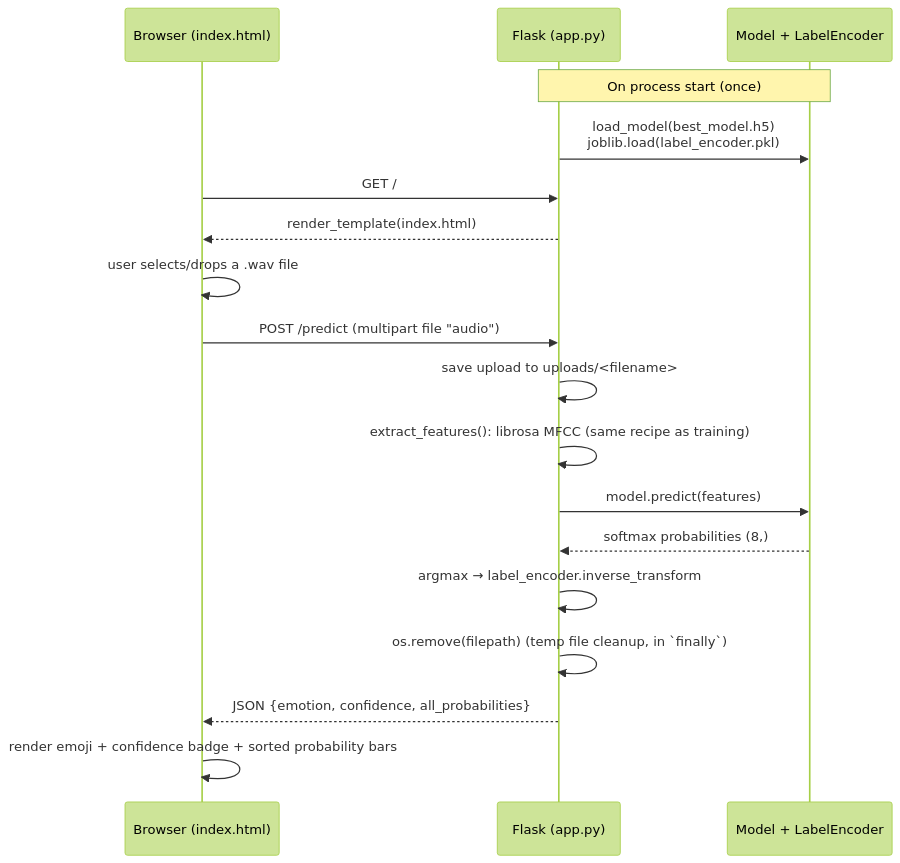
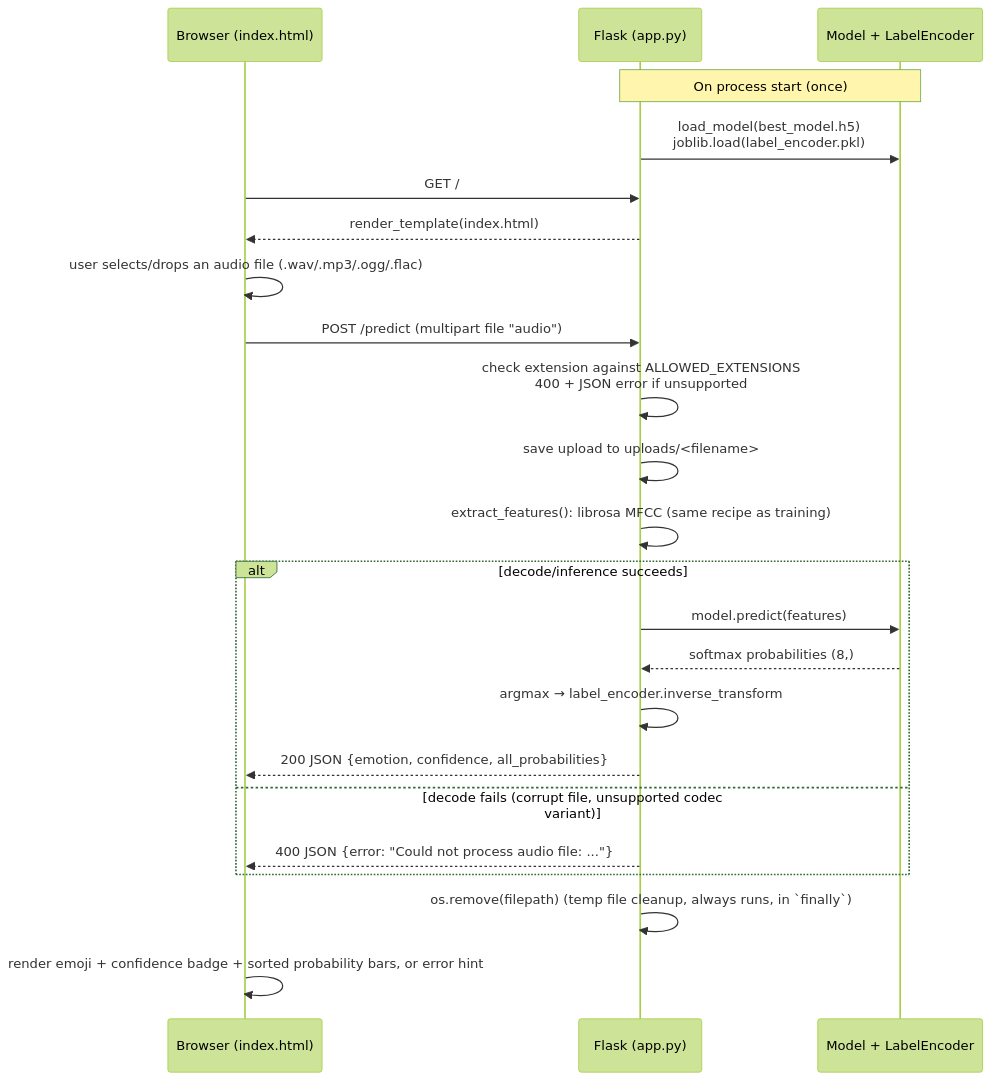
One commit to SandeepKumar8696/speech-emotion-recognition changed the third of 3 diagrams in ARCHITECTURE.md. Above: the diagram before and after it, drawn with Mermaid (forest theme). The commit also changed other lines of this file and 4 other files, not shown here.

First line of the commit message:
Support MP3/OGG/FLAC uploads and add functional synopsis doc

````diff
--- a/ARCHITECTURE.md
+++ b/ARCHITECTURE.md
@@ -72,23 +72,28 @@
 ```mermaid
 sequenceDiagram
     participant U as Browser (index.html)
     participant F as Flask (app.py)
     participant M as Model + LabelEncoder
 
     Note over F,M: On process start (once)
     F->>M: load_model(best_model.h5)<br/>joblib.load(label_encoder.pkl)
 
     U->>F: GET /
     F-->>U: render_template(index.html)
 
-    U->>U: user selects/drops a .wav file
+    U->>U: user selects/drops an audio file (.wav/.mp3/.ogg/.flac)
     U->>F: POST /predict (multipart file "audio")
+    F->>F: check extension against ALLOWED_EXTENSIONS<br/>400 + JSON error if unsupported
     F->>F: save upload to uploads/<filename>
     F->>F: extract_features(): librosa MFCC (same recipe as training)
-    F->>M: model.predict(features)
-    M-->>F: softmax probabilities (8,)
-    F->>F: argmax → label_encoder.inverse_transform
-    F->>F: os.remove(filepath)  (temp file cleanup, in `finally`)
-    F-->>U: JSON {emotion, confidence, all_probabilities}
-    U->>U: render emoji + confidence badge + sorted probability bars
+    alt decode/inference succeeds
+        F->>M: model.predict(features)
+        M-->>F: softmax probabilities (8,)
+        F->>F: argmax → label_encoder.inverse_transform
+        F-->>U: 200 JSON {emotion, confidence, all_probabilities}
+    else decode fails (corrupt file, unsupported codec variant)
+        F-->>U: 400 JSON {error: "Could not process audio file: ..."}
+    end
+    F->>F: os.remove(filepath)  (temp file cleanup, always runs, in `finally`)
+    U->>U: render emoji + confidence badge + sorted probability bars, or error hint
 ```
````
